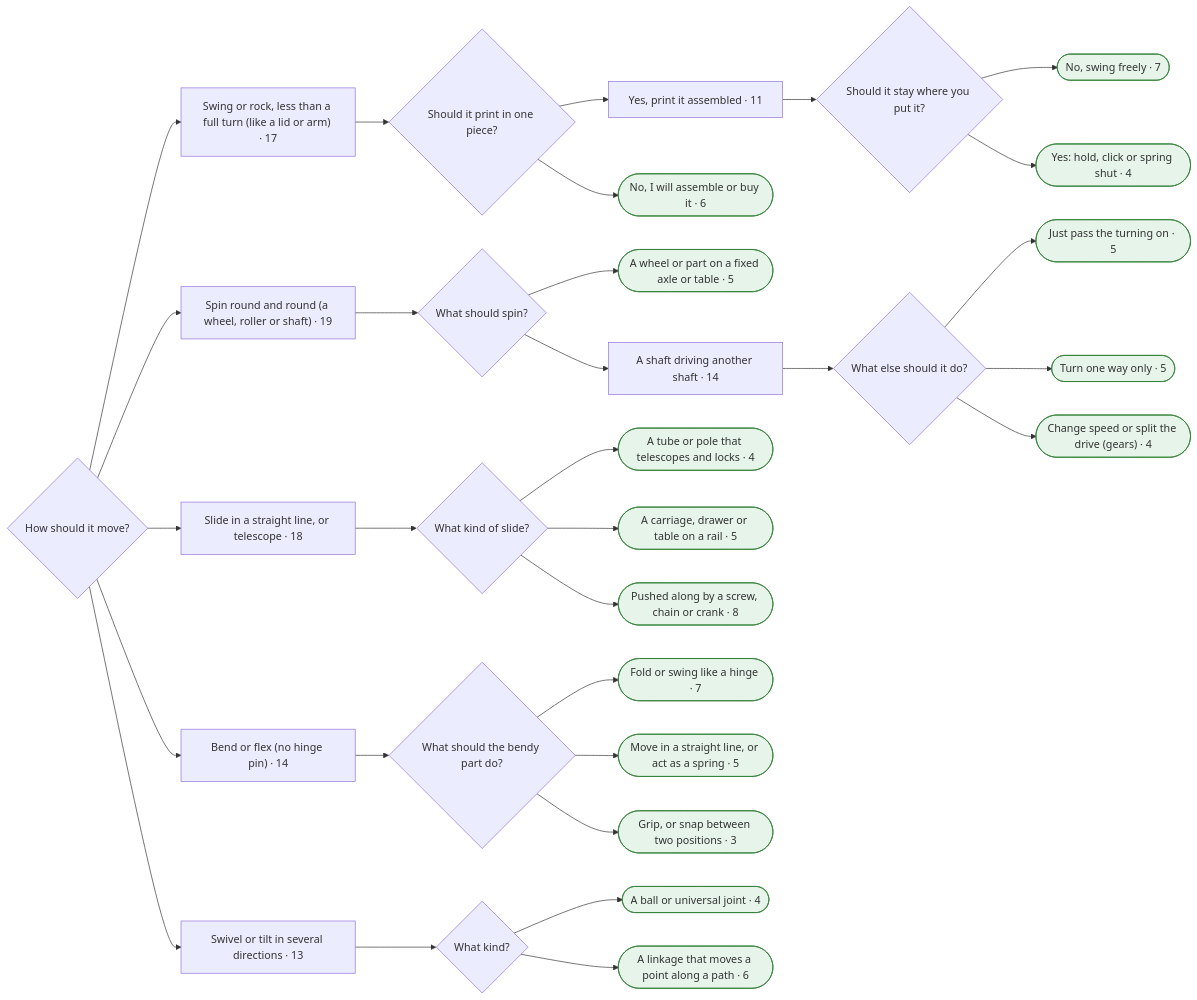
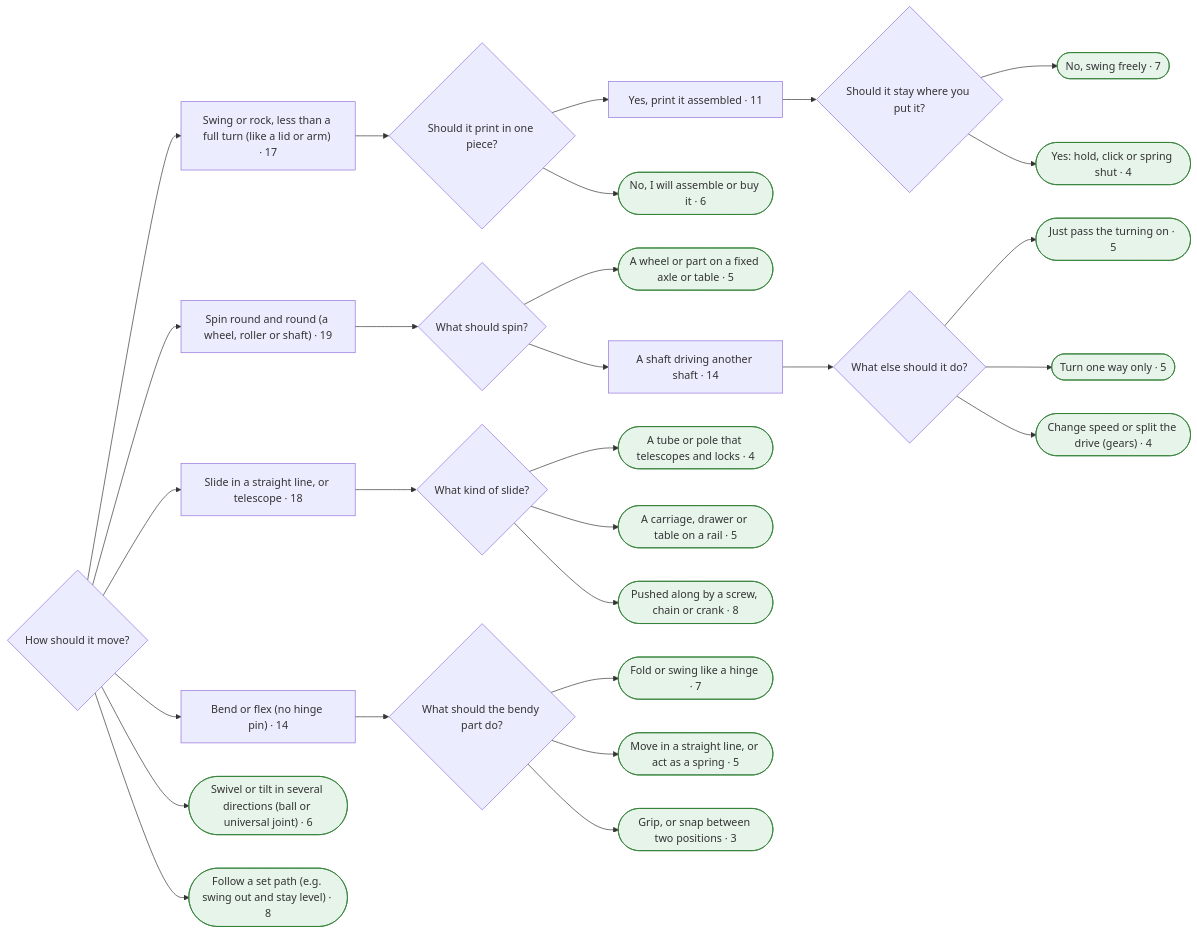
Before and after one commit to smileymcfrown/EncyclopediaOfConnections: the third of 9 diagrams in research/finder-test/mermaid.md, drawn with Mermaid. The commit also changed other lines of this file and 6 other files, not shown here.

````diff
--- a/research/finder-test/mermaid.md
+++ b/research/finder-test/mermaid.md
@@ -396,79 +396,75 @@
 ```mermaid
 flowchart LR
   q145{"How should it move?"}
   a146["Swing or rock, less than a full turn (like a lid or arm) · 17"]
   q145 --> a146
   q147{"Should it print in one piece?"}
   a146 --> q147
   a148["Yes, print it assembled · 11"]
   q147 --> a148
   q149{"Should it stay where you put it?"}
   a148 --> q149
   a150(["No, swing freely · 7"])
   q149 --> a150
   class a150 leaf
   a151(["Yes: hold, click or spring shut · 4"])
   q149 --> a151
   class a151 leaf
   a152(["No, I will assemble or buy it · 6"])
   q147 --> a152
   class a152 leaf
   a153["Spin round and round (a wheel, roller or shaft) · 19"]
   q145 --> a153
   q154{"What should spin?"}
   a153 --> q154
   a155(["A wheel or part on a fixed axle or table · 5"])
   q154 --> a155
   class a155 leaf
   a156["A shaft driving another shaft · 14"]
   q154 --> a156
   q157{"What else should it do?"}
   a156 --> q157
   a158(["Just pass the turning on · 5"])
   q157 --> a158
   class a158 leaf
   a159(["Turn one way only · 5"])
   q157 --> a159
   class a159 leaf
   a160(["Change speed or split the drive (gears) · 4"])
   q157 --> a160
   class a160 leaf
   a161["Slide in a straight line, or telescope · 18"]
   q145 --> a161
   q162{"What kind of slide?"}
   a161 --> q162
   a163(["A tube or pole that telescopes and locks · 4"])
   q162 --> a163
   class a163 leaf
   a164(["A carriage, drawer or table on a rail · 5"])
   q162 --> a164
   class a164 leaf
   a165(["Pushed along by a screw, chain or crank · 8"])
   q162 --> a165
   class a165 leaf
   a166["Bend or flex (no hinge pin) · 14"]
   q145 --> a166
   q167{"What should the bendy part do?"}
   a166 --> q167
   a168(["Fold or swing like a hinge · 7"])
   q167 --> a168
   class a168 leaf
   a169(["Move in a straight line, or act as a spring · 5"])
   q167 --> a169
   class a169 leaf
   a170(["Grip, or snap between two positions · 3"])
   q167 --> a170
   class a170 leaf
-  a171["Swivel or tilt in several directions · 13"]
+  a171(["Swivel or tilt in several directions (ball or universal joint) · 6"])
   q145 --> a171
-  q172{"What kind?"}
-  a171 --> q172
-  a173(["A ball or universal joint · 4"])
-  q172 --> a173
-  class a173 leaf
-  a174(["A linkage that moves a point along a path · 6"])
-  q172 --> a174
-  class a174 leaf
+  class a171 leaf
+  a172(["Follow a set path (e.g. swing out and stay level) · 8"])
+  q145 --> a172
+  class a172 leaf
   classDef leaf fill:#e6f4ea,stroke:#2e7d32
   classDef more fill:#fff4e5,stroke:#b26a00
 ```
````
